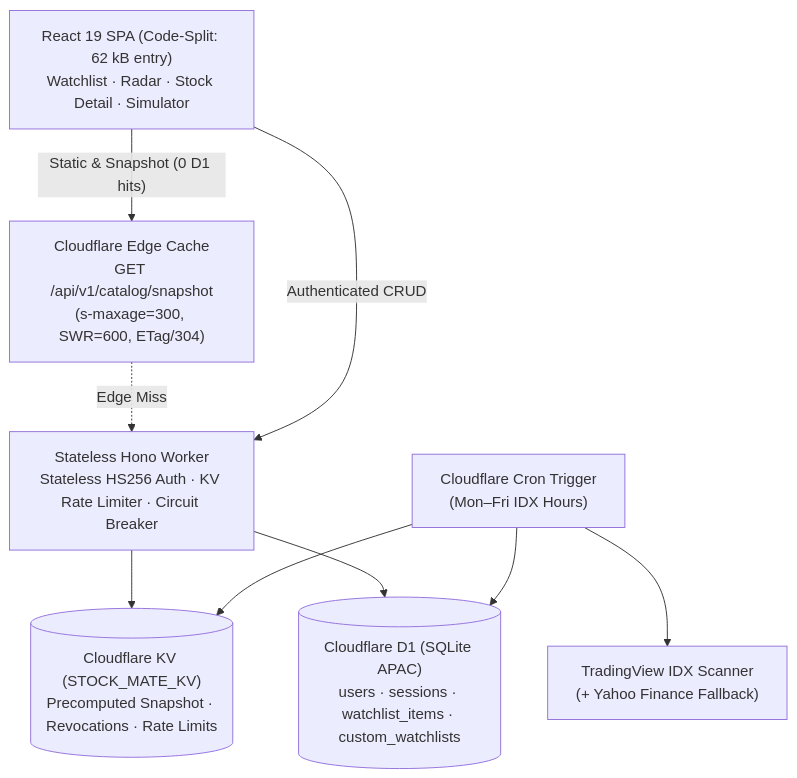
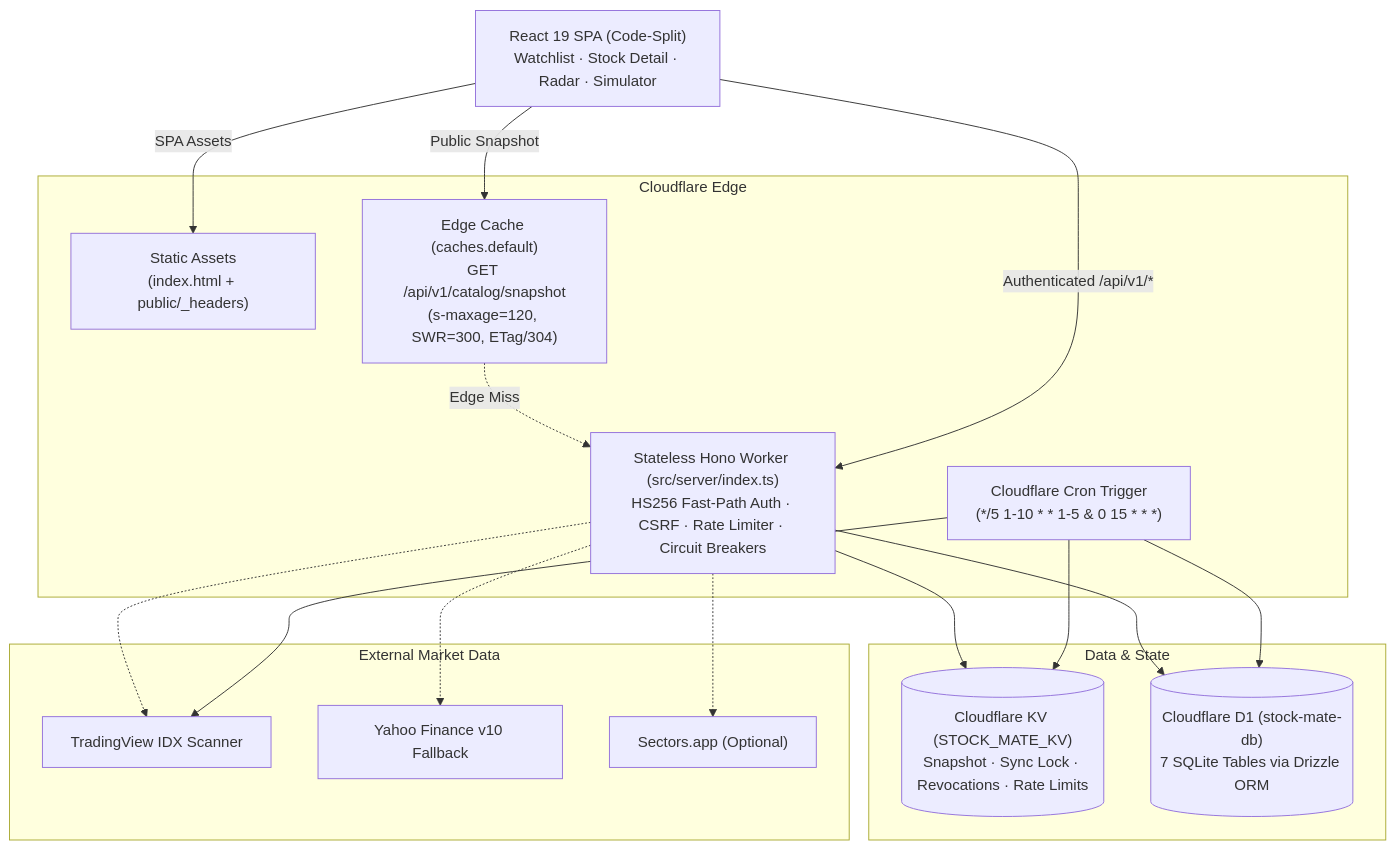
Before and after one commit to charlybutar21/stock-mate-v2: the third of 3 diagrams in README.md, drawn with Mermaid. The commit also changed other lines of this file and 8 other files, not shown here.

````diff
--- a/README.md
+++ b/README.md
@@ -38,19 +183,35 @@
 ```mermaid
 flowchart TB
-    Client["React 19 SPA (Code-Split: 62 kB entry)<br/>Watchlist · Radar · Stock Detail · Simulator"]
-    EdgeCache["Cloudflare Edge Cache<br/>GET /api/v1/catalog/snapshot<br/>(s-maxage=300, SWR=600, ETag/304)"]
-    Worker["Stateless Hono Worker<br/>Stateless HS256 Auth · KV Rate Limiter · Circuit Breaker"]
-    Cron["Cloudflare Cron Trigger<br/>(Mon–Fri IDX Hours)"]
-    KV[("Cloudflare KV (STOCK_MATE_KV)<br/>Precomputed Snapshot · Revocations · Rate Limits")]
-    D1[("Cloudflare D1 (SQLite APAC)<br/>users · sessions · watchlist_items · custom_watchlists")]
-    Upstream["TradingView IDX Scanner<br/>(+ Yahoo Finance Fallback)"]
+    Browser["React 19 SPA (Code-Split)<br/>Watchlist · Stock Detail · Radar · Simulator"]
 
-    Client -->|"Static & Snapshot (0 D1 hits)"| EdgeCache
-    EdgeCache -.->|"Edge Miss"| Worker
-    Client -->|"Authenticated CRUD"| Worker
+    subgraph Edge["Cloudflare Edge"]
+        Assets["Static Assets<br/>(index.html + public/_headers)"]
+        Cache["Edge Cache (caches.default)<br/>GET /api/v1/catalog/snapshot<br/>(s-maxage=120, SWR=300, ETag/304)"]
+        Worker["Stateless Hono Worker (src/server/index.ts)<br/>HS256 Fast-Path Auth · CSRF · Rate Limiter · Circuit Breakers"]
+        Cron["Cloudflare Cron Trigger<br/>(*/5 1-10 * * 1-5 & 0 15 * * *)"]
+    end
+
+    subgraph Data["Data & State"]
+        KV[("Cloudflare KV (STOCK_MATE_KV)<br/>Snapshot · Sync Lock · Revocations · Rate Limits")]
+        D1[("Cloudflare D1 (stock-mate-db)<br/>7 SQLite Tables via Drizzle ORM")]
+    end
+
+    subgraph Upstream["External Market Data"]
+        TV["TradingView IDX Scanner"]
+        YF["Yahoo Finance v10 Fallback"]
+        SA["Sectors.app (Optional)"]
+    end
+
+    Browser -->|"SPA Assets"| Assets
+    Browser -->|"Public Snapshot"| Cache
+    Cache -.->|"Edge Miss"| Worker
+    Browser -->|"Authenticated /api/v1/*"| Worker
     Worker --> KV
     Worker --> D1
-    Cron --> Upstream
+    Worker -.-> TV
+    Worker -.-> YF
+    Worker -.-> SA
+    Cron --> TV
     Cron --> D1
     Cron --> KV
 ```
````
